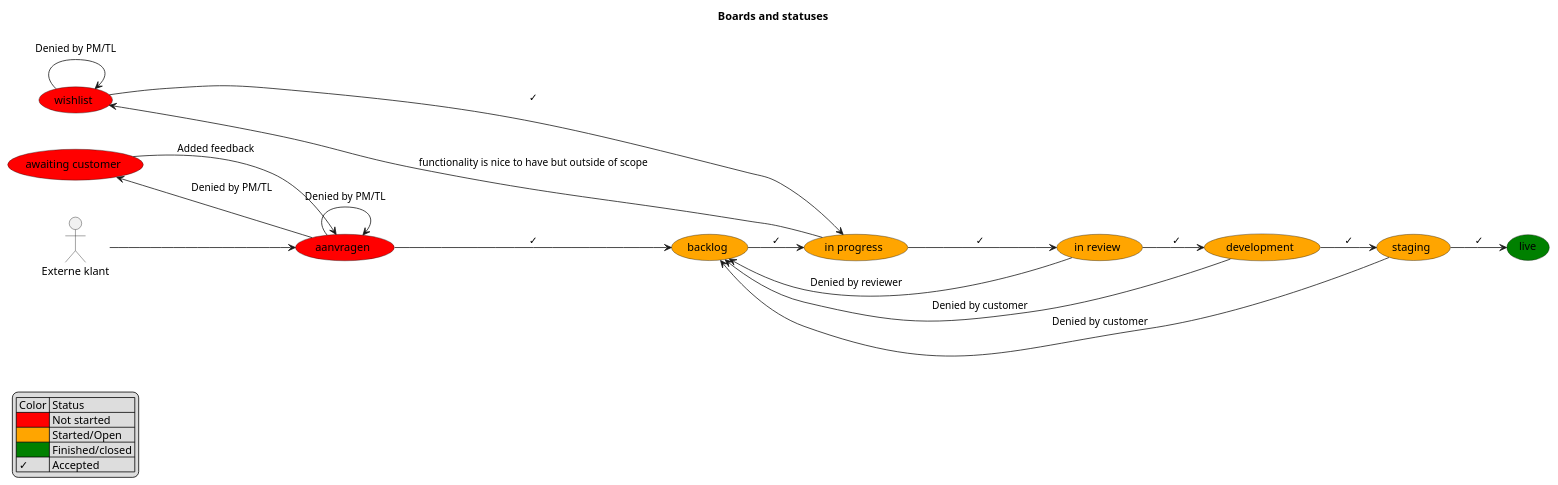
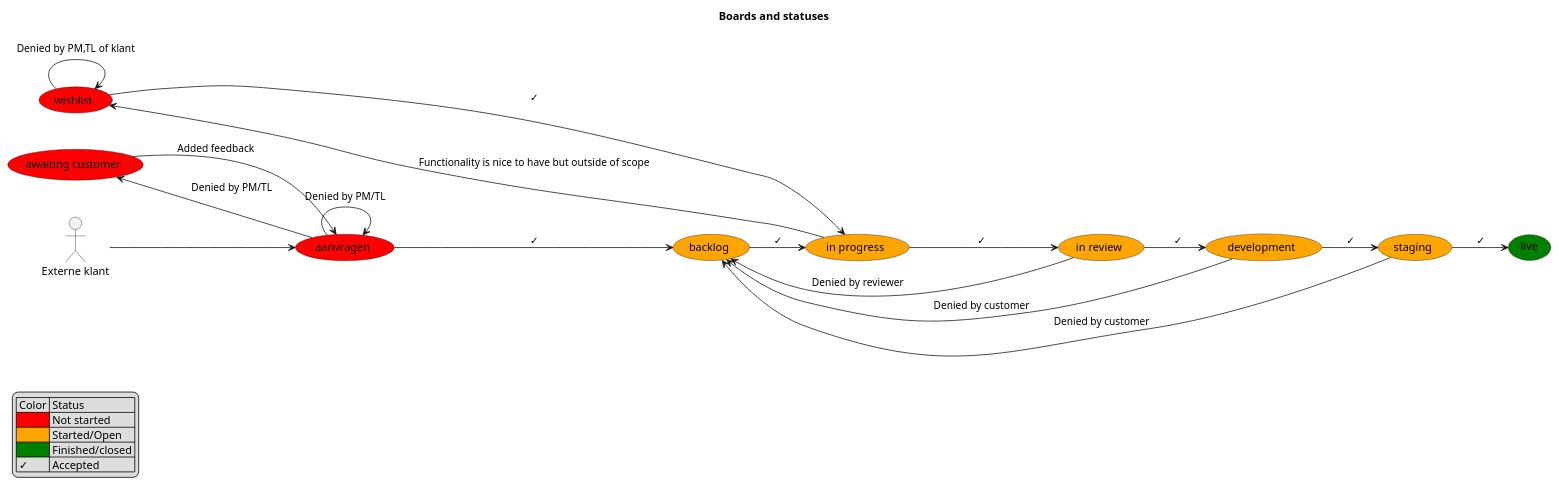
One commit to DCReceveur/pre-afstudeer-docs changed the second of 3 diagrams in Documentatie/FunctioneelOntwerp.md. Above: the diagram before and after it, drawn with PlantUML. The commit also changed other lines of this file, not shown here.

````diff
--- a/Documentatie/FunctioneelOntwerp.md
+++ b/Documentatie/FunctioneelOntwerp.md
@@ -121,46 +122,46 @@
 ```plantuml
 title Boards and statuses
 
 left to right direction
 skinparam groupInheritance 3
 
 ' skinparam linetype polyline
 ' skinparam linetype ortho
 (backlog) #orange
 (in progress) as in_progress  #orange
 (in review) as in_review #orange 
 (development) #orange
 (staging) #orange
 (live) #green
 (wishlist) #red
 (aanvragen) #red
 (awaiting customer) as awaiting_customer #red
 actor "Externe klant" as EK
 
 
 aanvragen -DOWN-> backlog : ✓
 wishlist -[norank]-> in_progress : ✓
 backlog -DOWN-> in_progress : ✓
 in_progress -DOWN-> in_review : ✓
 in_review -DOWN-> development : ✓
 development -DOWN-> staging : ✓
 staging -DOWN-> live : ✓
 in_review -[norank]-> backlog : Denied by reviewer
-wishlist -[norank]-> wishlist : Denied by PM/TL
+wishlist -[norank]-> wishlist : Denied by PM,TL of klant
 aanvragen -[norank]-> aanvragen : Denied by PM/TL
 development -[norank]-> backlog : Denied by customer
 staging -[norank]-> backlog : Denied by customer
-in_progress -[norank]-> wishlist : functionality is nice to have but outside of scope
+in_progress -[norank]-> wishlist : Functionality is nice to have but outside of scope
 EK --> aanvragen
 aanvragen -[norank]-> awaiting_customer : \t Denied by PM/TL
 awaiting_customer -[norank]->aanvragen : Added feedback \t
 
 legend left
     | Color | Status |
     |<#Red>| Not started |
     |<#Orange>| Started/Open |
     |<#Green>| Finished/closed |
     | ✓ | Accepted |
 endlegend
 
 ```
````
